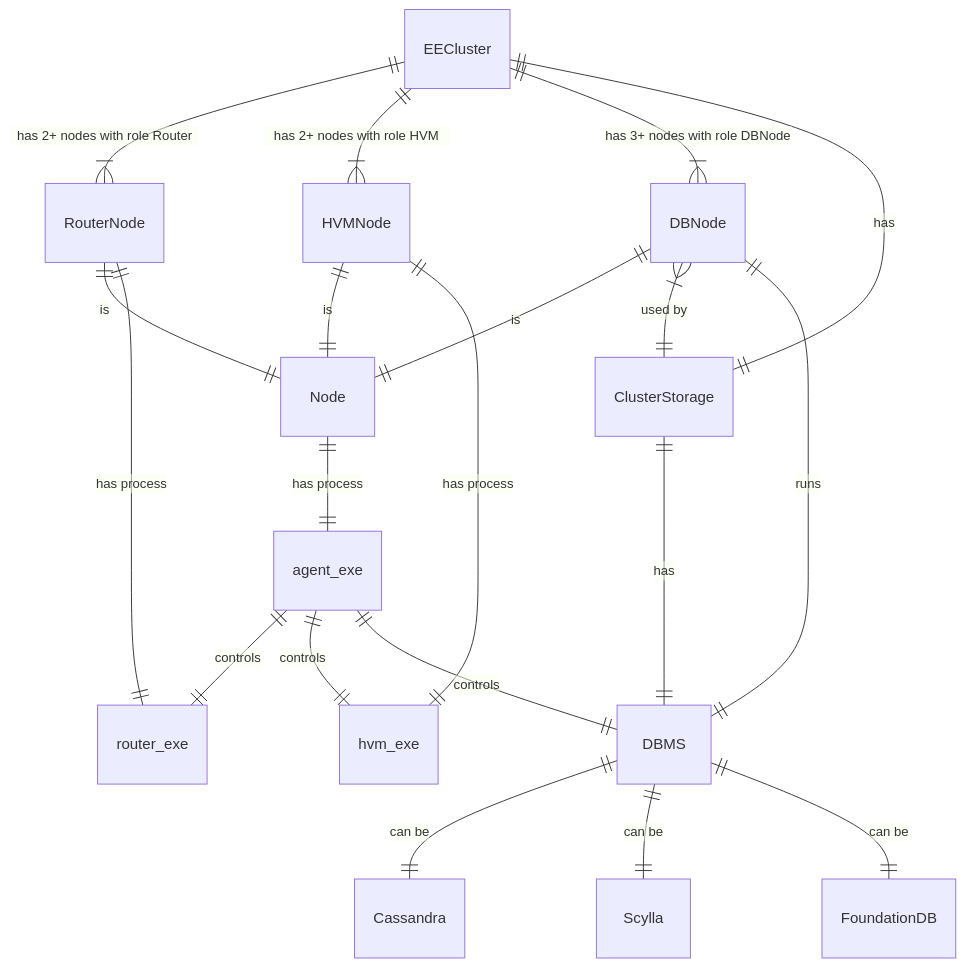
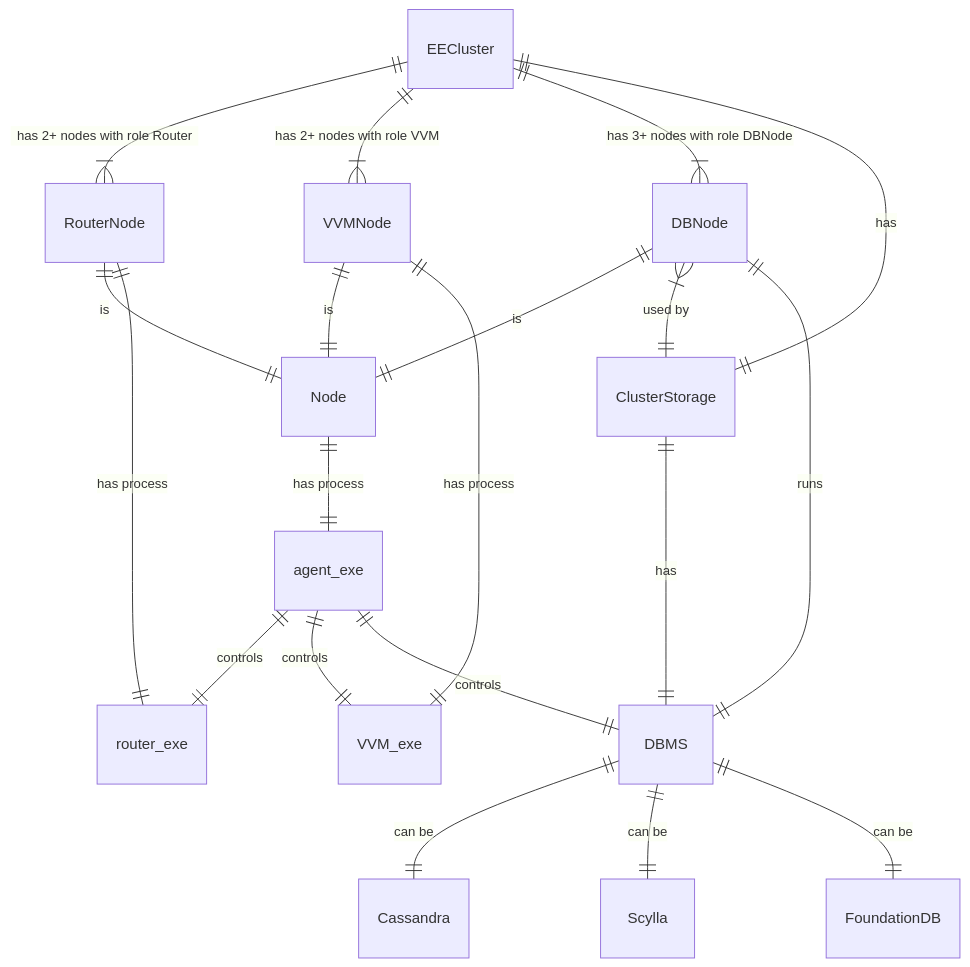
Before and after one commit to voedger/voedger: diagram 15 of 16 in design/README.md, drawn with Mermaid. The commit also changed other lines of this file, not shown here.

````diff
--- a/design/README.md
+++ b/design/README.md
@@ -419,27 +417,27 @@
 ```mermaid
     erDiagram
     EECluster ||--|{ RouterNode : "has 2+ nodes with role Router"
-    EECluster ||--|{ HVMNode : "has 2+ nodes with role HVM"
+    EECluster ||--|{ VVMNode : "has 2+ nodes with role VVM"
     EECluster ||--|{ DBNode : "has 3+ nodes with role DBNode"
     EECluster ||--|| ClusterStorage : "has"
     ClusterStorage ||--|| DBMS: has
 
     RouterNode ||--|| Node : "is"
-    HVMNode ||--|| Node : "is"
+    VVMNode ||--|| Node : "is"
     DBNode ||--|| Node : "is"
     DBNode |{--|| ClusterStorage : "used by"
     DBNode ||--|| DBMS : "runs"
 
     Node ||--|| agent_exe : "has process"
 
-    HVMNode ||--|| hvm_exe : "has process"
+    VVMNode ||--|| VVM_exe : "has process"
     RouterNode ||--|| router_exe : "has process"
 
     agent_exe ||--|| router_exe : "controls"
-    agent_exe ||--|| hvm_exe : "controls"
+    agent_exe ||--|| VVM_exe : "controls"
     agent_exe ||--|| DBMS : "controls"
 
     DBMS ||--|| Cassandra : "can be"
     DBMS ||--|| Scylla : "can be"
     DBMS ||--|| FoundationDB : "can be"
 ```
````
